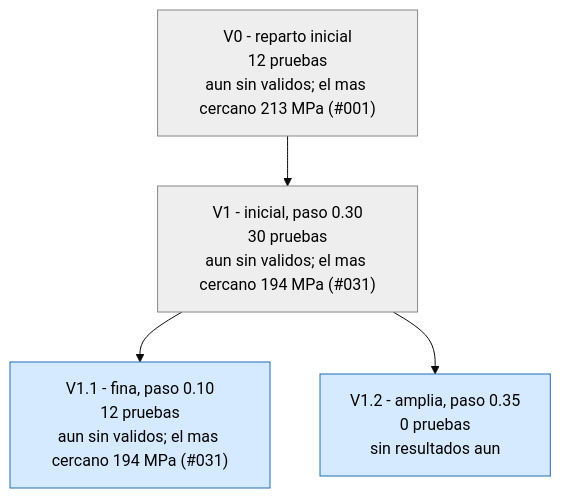
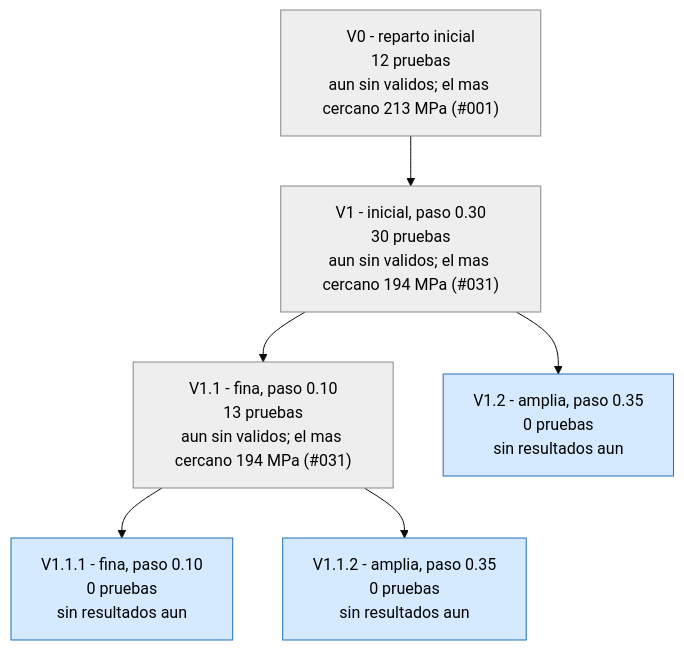
One commit to Hugiko/msd-soporte-optimizacion changed the first of 3 diagrams in runs/opt_37800N/ARBOL.md. Above: the diagram before and after it, drawn with Mermaid (base theme). The commit also changed 22 other files, not shown here.

````diff
--- a/runs/opt_37800N/ARBOL.md
+++ b/runs/opt_37800N/ARBOL.md
@@ -9,13 +9,17 @@
 ```mermaid
 graph TD
 classDef activa fill:#d6eaff,stroke:#1f6fb5,color:#000
 classDef fin fill:#eeeeee,stroke:#888,color:#000
 classDef mejor fill:#c8f0c0,stroke:#1a9850,stroke-width:4px,color:#000
 V0["V0 - reparto inicial<br/>12 pruebas<br/>aun sin validos; el mas cercano 213 MPa (#001)"]:::fin
 V1["V1 - inicial, paso 0.30<br/>30 pruebas<br/>aun sin validos; el mas cercano 194 MPa (#031)"]:::fin
 V0 --> V1
-V1_1["V1.1 - fina, paso 0.10<br/>12 pruebas<br/>aun sin validos; el mas cercano 194 MPa (#031)"]:::activa
+V1_1["V1.1 - fina, paso 0.10<br/>13 pruebas<br/>aun sin validos; el mas cercano 194 MPa (#031)"]:::fin
 V1 --> V1_1
 V1_2["V1.2 - amplia, paso 0.35<br/>0 pruebas<br/>sin resultados aun"]:::activa
 V1 --> V1_2
+V1_1_1["V1.1.1 - fina, paso 0.10<br/>0 pruebas<br/>sin resultados aun"]:::activa
+V1_1 --> V1_1_1
+V1_1_2["V1.1.2 - amplia, paso 0.35<br/>0 pruebas<br/>sin resultados aun"]:::activa
+V1_1 --> V1_1_2
 ```
````
